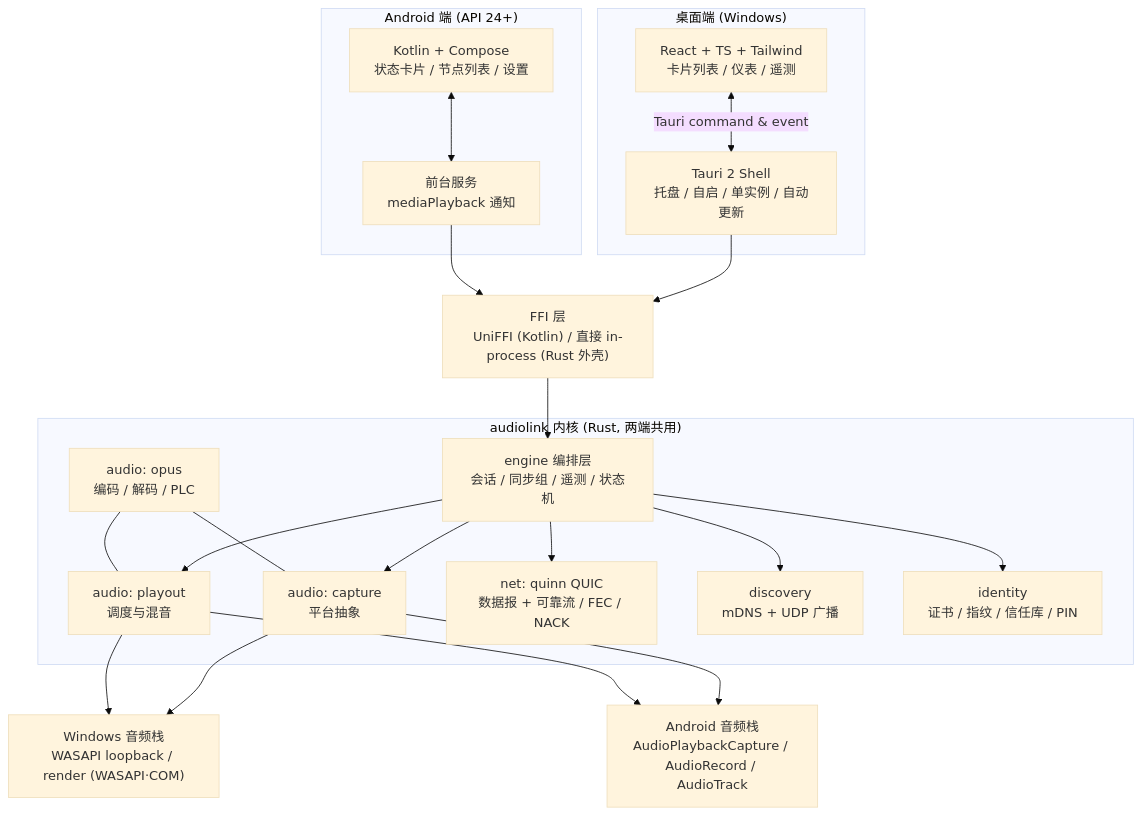
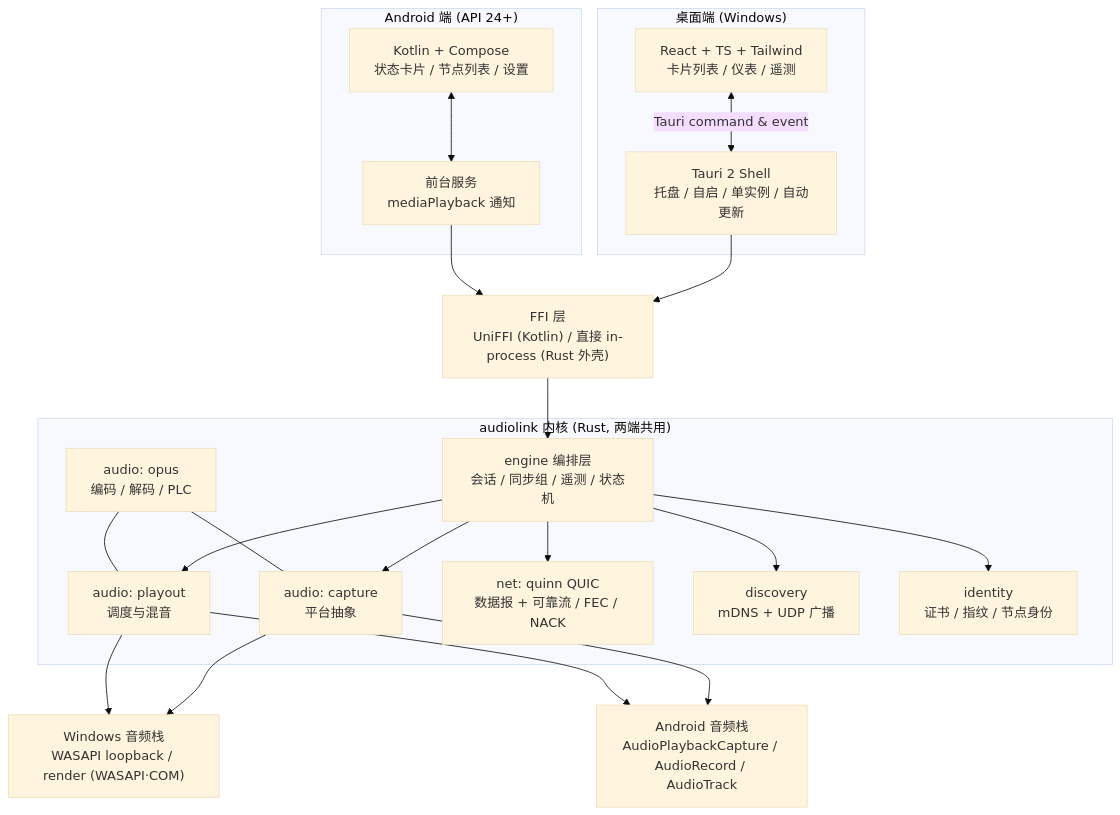
The diagram in docs/02-architecture.md (GotKiCry/AudioLink), drawn with Mermaid (base theme) before and after one commit. The commit also changed other lines of this file and 236 other files, not shown here.

````diff
--- a/docs/02-architecture.md
+++ b/docs/02-architecture.md
@@ -10,39 +10,39 @@
 ```mermaid
 flowchart TB
     subgraph Desktop["桌面端 (Windows)"]
         UI["React + TS + Tailwind<br/>卡片列表 / 仪表 / 遥测"]
         SHELL["Tauri 2 Shell<br/>托盘 / 自启 / 单实例 / 自动更新"]
         UI <-->|"Tauri command & event"| SHELL
     end
 
     subgraph Android["Android 端 (API 24+)"]
         KUI["Kotlin + Compose<br/>状态卡片 / 节点列表 / 设置"]
         SVC["前台服务<br/>mediaPlayback 通知"]
         KUI <--> SVC
     end
 
     subgraph Core["audiolink 内核 (Rust, 两端共用)"]
         ENGINE["engine 编排层<br/>会话 / 同步组 / 遥测 / 状态机"]
         CAP["audio: capture<br/>平台抽象"]
         PLAY["audio: playout<br/>调度与混音"]
         CODEC["audio: opus<br/>编码 / 解码 / PLC"]
         NET["net: quinn QUIC<br/>数据报 + 可靠流 / FEC / NACK"]
         DISC["discovery<br/>mDNS + UDP 广播"]
-        IDENT["identity<br/>证书 / 指纹 / 信任库 / PIN"]
+        IDENT["identity<br/>证书 / 指纹 / 节点身份"]
     end
 
     FFI["FFI 层<br/>UniFFI (Kotlin) / 直接 in-process (Rust 外壳)"]
     OS1["Windows 音频栈<br/>WASAPI loopback / render (WASAPI·COM)"]
     OS2["Android 音频栈<br/>AudioPlaybackCapture / AudioRecord / AudioTrack"]
 
     SHELL --> FFI
     SVC --> FFI
     FFI --> ENGINE
     ENGINE --> CAP & PLAY & NET & DISC & IDENT
     CODEC --- CAP
     CODEC --- PLAY
     CAP --> OS1
     PLAY --> OS1
     CAP --> OS2
     PLAY --> OS2
 ```
````
